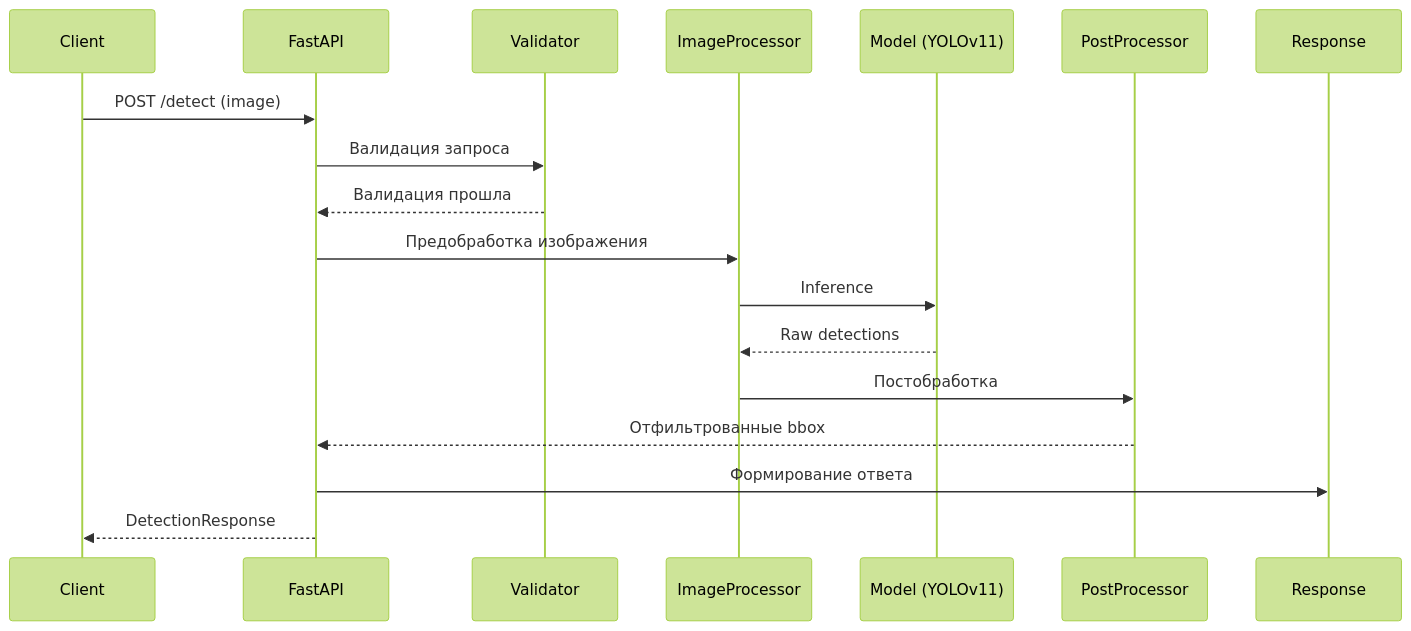
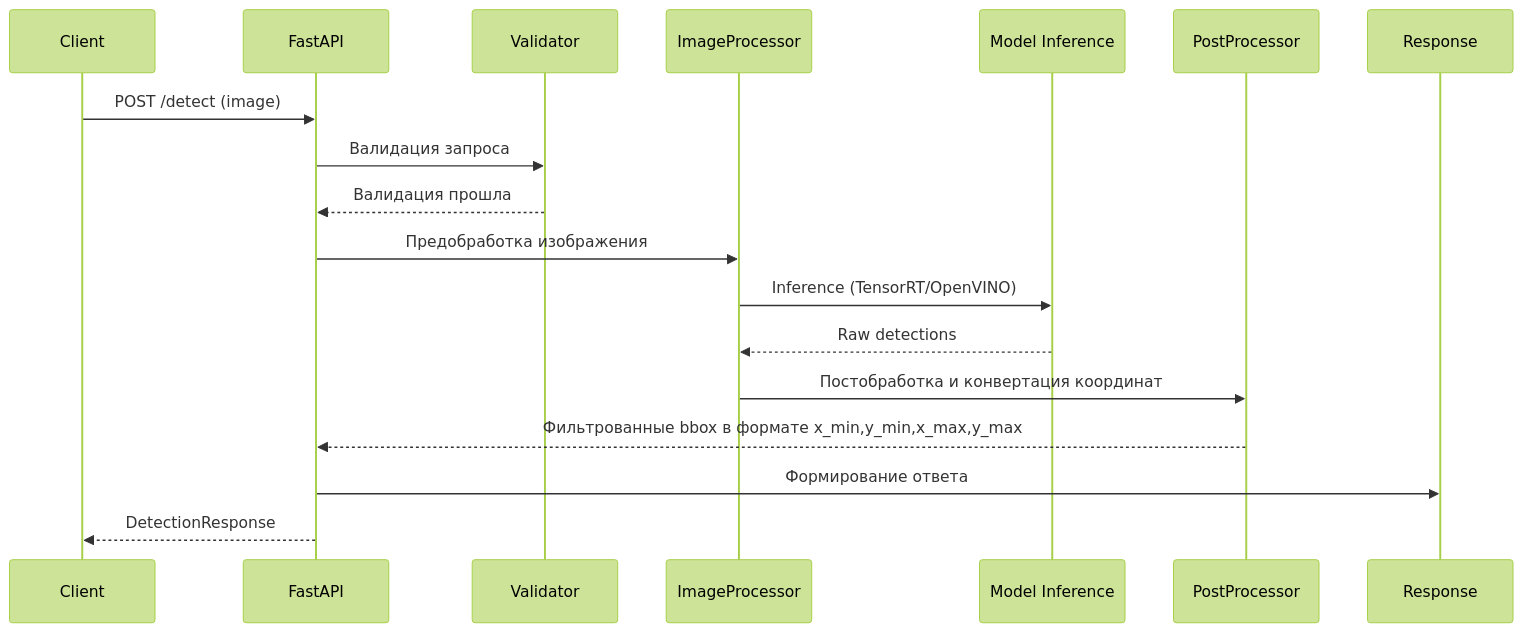
One commit to medphisiker/tbank_logo_detector changed the third of 3 diagrams in service/README.md. Above: the diagram before and after it, drawn with Mermaid (forest theme). The commit also changed other lines of this file, not shown here.

````diff
--- a/service/README.md
+++ b/service/README.md
@@ -252,21 +252,21 @@
 ```mermaid
 sequenceDiagram
     participant C as Client
     participant F as FastAPI
     participant V as Validator
     participant IP as ImageProcessor
-    participant M as Model (YOLOv11)
+    participant M as Model Inference
     participant PP as PostProcessor
     participant R as Response
 
     C->>F: POST /detect (image)
     F->>V: Валидация запроса
     V-->>F: Валидация прошла
     F->>IP: Предобработка изображения
-    IP->>M: Inference
+    IP->>M: Inference (TensorRT/OpenVINO)
     M-->>IP: Raw detections
-    IP->>PP: Постобработка
-    PP-->>F: Отфильтрованные bbox
+    IP->>PP: Постобработка и конвертация координат
+    PP-->>F: Фильтрованные bbox в формате x_min,y_min,x_max,y_max
     F->>R: Формирование ответа
     F-->>C: DetectionResponse
 ```
````
